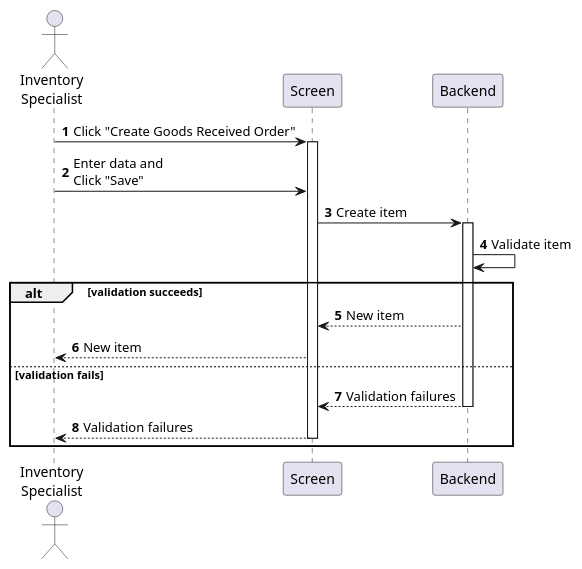
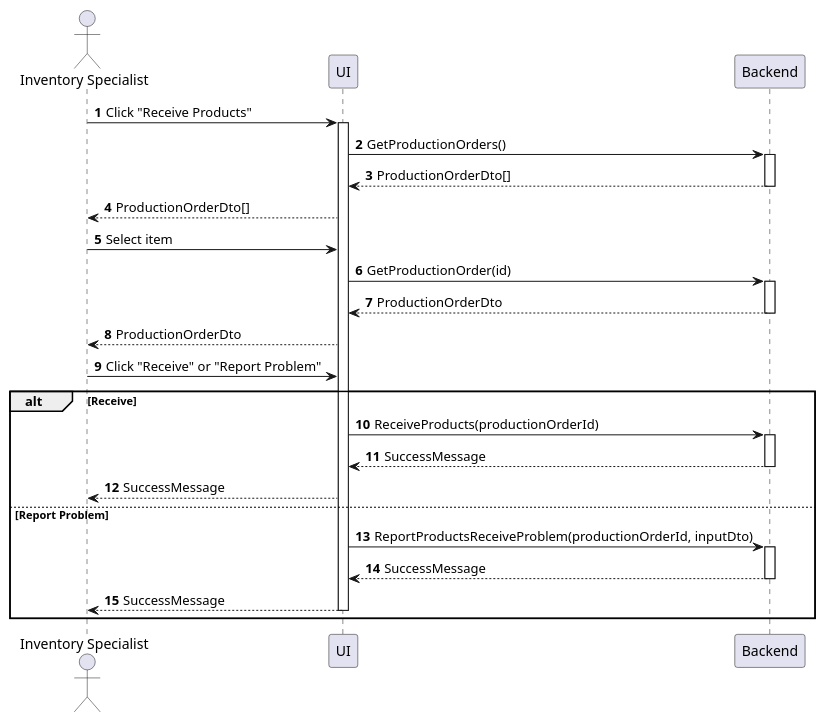
The diagram in sequences/inventory-product-receive.plantuml (phihungha/scmss-reqs), drawn with PlantUML before and after one commit. The commit also changed 17 other files, not shown here.

Commit message:
Improve inventory sequences

```diff
--- a/sequences/inventory-product-receive.plantuml
+++ b/sequences/inventory-product-receive.plantuml
@@ -1,22 +1,33 @@
 @startuml inventory-product-receive
 autonumber
 
-actor "Inventory\nSpecialist" as a
-participant Screen as f
+actor "Inventory Specialist" as a
+participant UI as f
 participant Backend as b
 
-a -> f : Click "Create Goods Received Order"
+a -> f : Click "Receive Products"
 activate f
-a -> f : Enter data and\nClick "Save"
-f -> b : Create item
+f -> b : GetProductionOrders()
 activate b
-b -> b : Validate item
+return ProductionOrderDto[]
+f --> a : ProductionOrderDto[]
+a -> f : Select item
+f -> b : GetProductionOrder(id)
+activate b
+return ProductionOrderDto
+f --> a : ProductionOrderDto
+a -> f : Click "Receive" or "Report Problem"
 
-alt validation succeeds
-    b --> f : New item
-    f --> a : New item
-else validation fails
-    return Validation failures
-    return Validation failures
+alt Receive
+    f -> b : ReceiveProducts(productionOrderId)
+    activate b
+    return SuccessMessage
+    f --> a : SuccessMessage
+else Report Problem
+    f -> b : ReportProductsReceiveProblem(productionOrderId, inputDto)
+    activate b
+    return SuccessMessage
+    f --> a : SuccessMessage
+    deactivate f
 end
 @enduml
```
